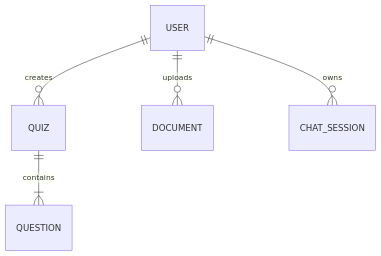
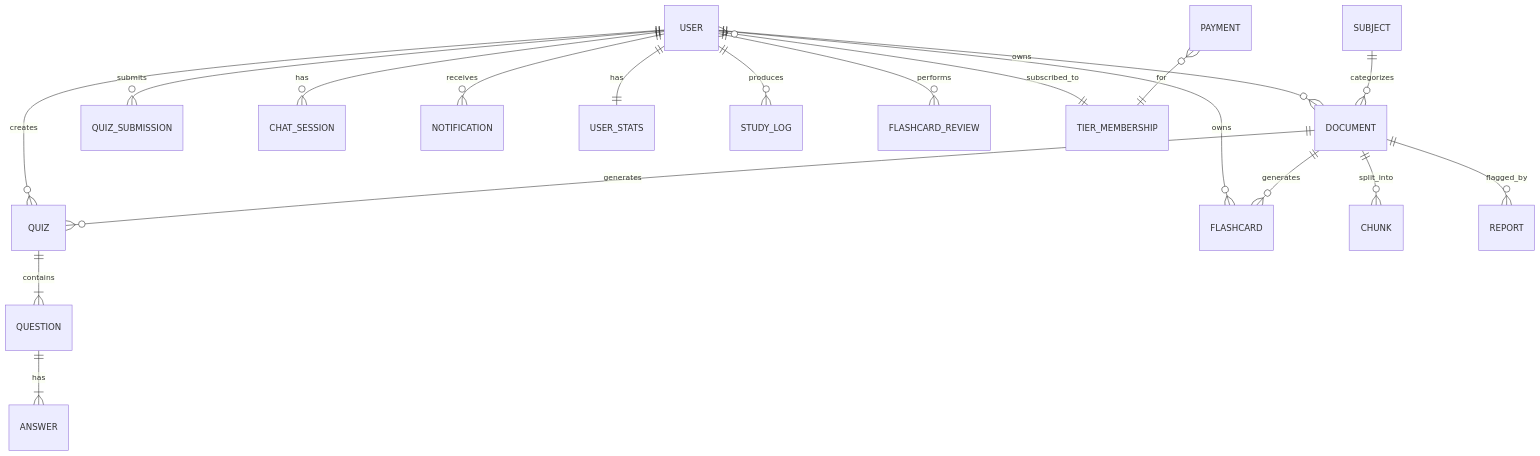
Before and after one commit to SWP391-SU26-SE1923-GROUP5/BE-SWP: the tenth of 10 diagrams in docs/FRONTEND_GUIDE.md, drawn with Mermaid. The commit also changed other lines of this file, not shown here.

First line of the commit message:
docs(frontend): refresh FRONTEND_GUIDE with new API endpoints and tier pricing

````diff
--- a/docs/FRONTEND_GUIDE.md
+++ b/docs/FRONTEND_GUIDE.md
@@ -3005,7 +1517,21 @@
 ```mermaid
 erDiagram
+    USER ||--o{ DOCUMENT : owns
     USER ||--o{ QUIZ : creates
-    USER ||--o{ DOCUMENT : uploads
+    USER ||--o{ FLASHCARD : owns
+    USER ||--o{ QUIZ_SUBMISSION : submits
+    USER ||--o{ CHAT_SESSION : has
+    USER ||--o{ NOTIFICATION : receives
+    USER ||--|| USER_STATS : has
+    USER ||--o{ STUDY_LOG : produces
+    USER ||--o{ FLASHCARD_REVIEW : performs
+    USER }o--|| TIER_MEMBERSHIP : subscribed_to
+    DOCUMENT ||--o{ CHUNK : split_into
+    DOCUMENT ||--o{ FLASHCARD : generates
+    DOCUMENT ||--o{ QUIZ : generates
+    DOCUMENT ||--o{ REPORT : flagged_by
     QUIZ ||--|{ QUESTION : contains
-    USER ||--o{ CHAT_SESSION : owns
+    QUESTION ||--|{ ANSWER : has
+    SUBJECT ||--o{ DOCUMENT : categorizes
+    PAYMENT }o--|| TIER_MEMBERSHIP : for
 ```
````
